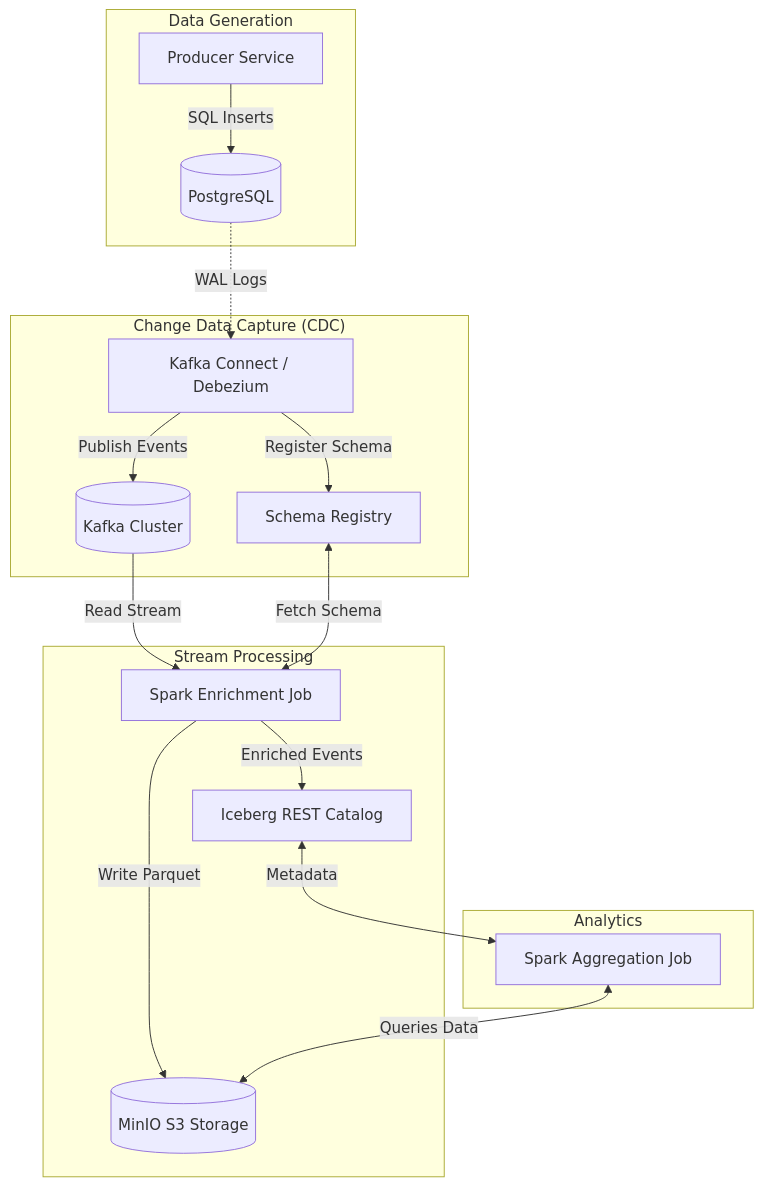
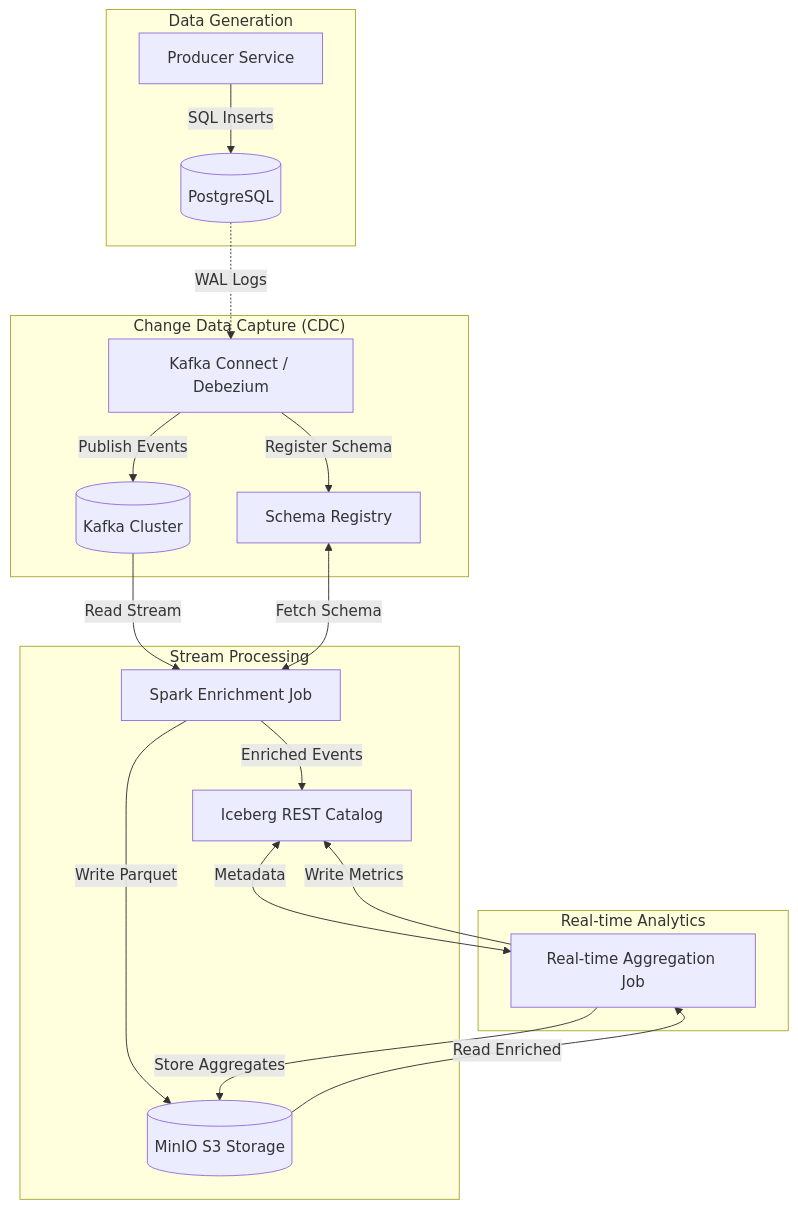
Before and after one commit to EbEmad/docstream-pipeline: the diagram in README.md, drawn with Mermaid. The commit also changed 4 other files, not shown here.

````diff
--- a/README.md
+++ b/README.md
@@ -11,24 +11,26 @@
 ```mermaid
 graph TD
     subgraph "Data Generation"
         P[Producer Service] -->|SQL Inserts| PG[(PostgreSQL)]
     end
 
     subgraph "Change Data Capture (CDC)"
         PG -.->|WAL Logs| KC[Kafka Connect / Debezium]
         KC -->|Register Schema| SR[Schema Registry]
         KC -->|Publish Events| K[(Kafka Cluster)]
     end
 
     subgraph "Stream Processing"
         K -->|Read Stream| SE[Spark Enrichment Job]
         SR <-->|Fetch Schema| SE
         SE -->|Enriched Events| REST[Iceberg REST Catalog]
         SE -->|Write Parquet| MINIO[(MinIO S3 Storage)]
     end
 
-    subgraph "Analytics"
-        REST <-->|Metadata| SA[Spark Aggregation Job]
-        SA <-->|Queries Data| MINIO
+    subgraph "Real-time Analytics"
+        REST <-->|Metadata| RA[Real-time Aggregation Job]
+        MINIO -->|Read Enriched| RA
+        RA -->|Write Metrics| REST
+        RA -->|Store Aggregates| MINIO
     end
 ```
````
